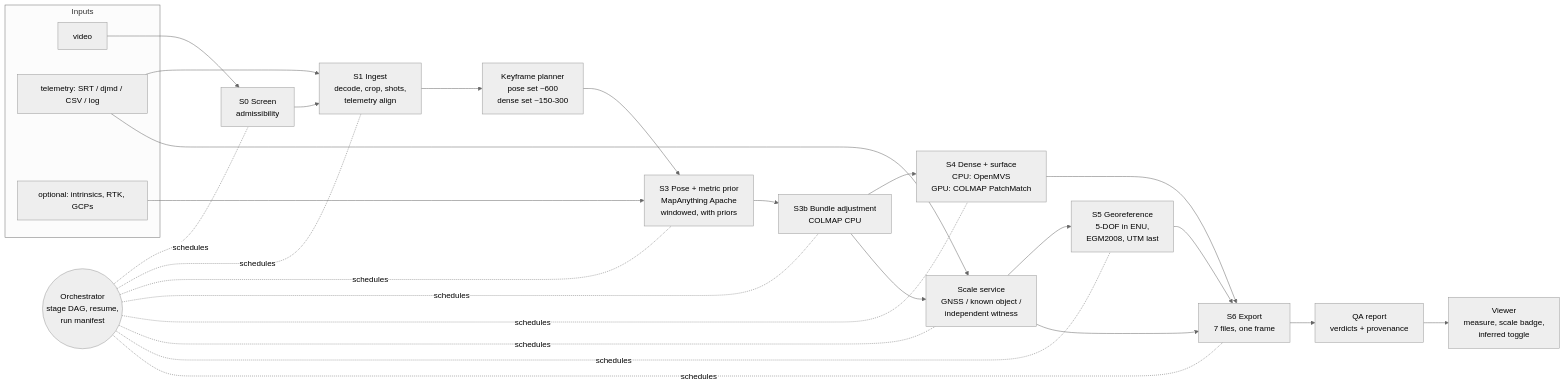
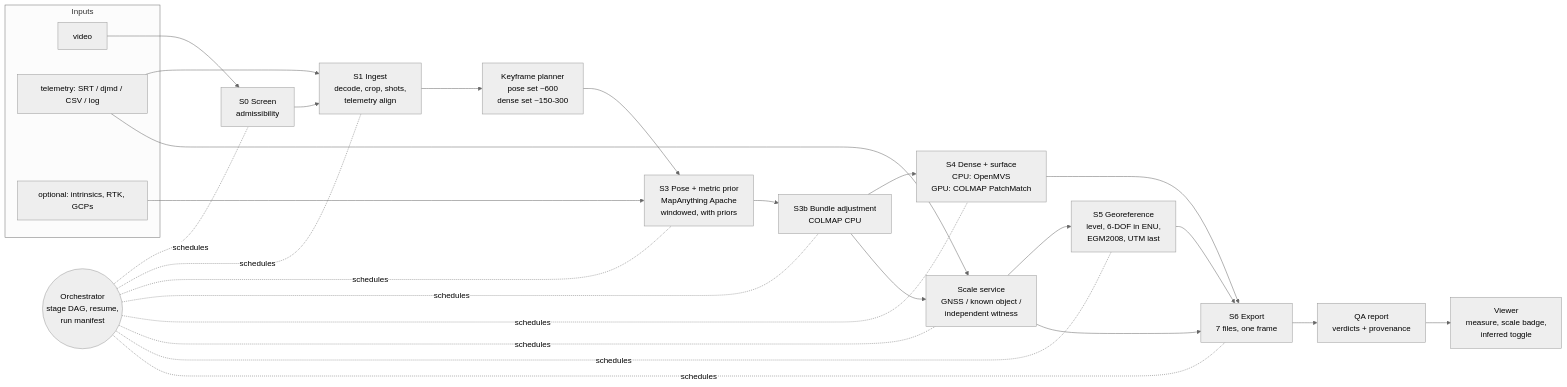
The first of 2 diagrams in docs/13-target-architecture.md (kartikshirode/sih26158-single-pass-3d), drawn with Mermaid (neutral theme) before and after one commit. The commit also changed other lines of this file and 7 other files, not shown here.

First line of the commit message:
Record ADR-026 and relabel the synthetic RTK figure

````diff
--- a/docs/13-target-architecture.md
+++ b/docs/13-target-architecture.md
@@ -47,35 +47,35 @@
 ```mermaid
 flowchart LR
   subgraph IN[Inputs]
     V[video]:::d
     T[telemetry: SRT / djmd / CSV / log]:::d
     K[optional: intrinsics, RTK, GCPs]:::d
   end
 
   O((Orchestrator<br/>stage DAG, resume,<br/>run manifest))
 
   S0[S0 Screen<br/>admissibility]
   S1[S1 Ingest<br/>decode, crop, shots,<br/>telemetry align]
   KP[Keyframe planner<br/>pose set ~600<br/>dense set ~150-300]
   S3[S3 Pose + metric prior<br/>MapAnything Apache<br/>windowed, with priors]
   S3b[S3b Bundle adjustment<br/>COLMAP CPU]
   S4[S4 Dense + surface<br/>CPU: OpenMVS<br/>GPU: COLMAP PatchMatch]
   SC[Scale service<br/>GNSS / known object /<br/>independent witness]
-  S5[S5 Georeference<br/>5-DOF in ENU,<br/>EGM2008, UTM last]
+  S5[S5 Georeference<br/>level, 6-DOF in ENU,<br/>EGM2008, UTM last]
   S6[S6 Export<br/>7 files, one frame]
   QA[QA report<br/>verdicts + provenance]
   VW[Viewer<br/>measure, scale badge,<br/>inferred toggle]
 
   V --> S0 --> S1
   T --> S1
   K --> S3
   S1 --> KP --> S3 --> S3b --> S4 --> S6
   S3b --> SC
   T --> SC
   SC --> S5 --> S6
   SC --> S6
   S6 --> QA --> VW
   O -. schedules .- S0 & S1 & S3 & S3b & S4 & SC & S5 & S6
 
   classDef d fill:#eee,stroke:#999
 ```
````
